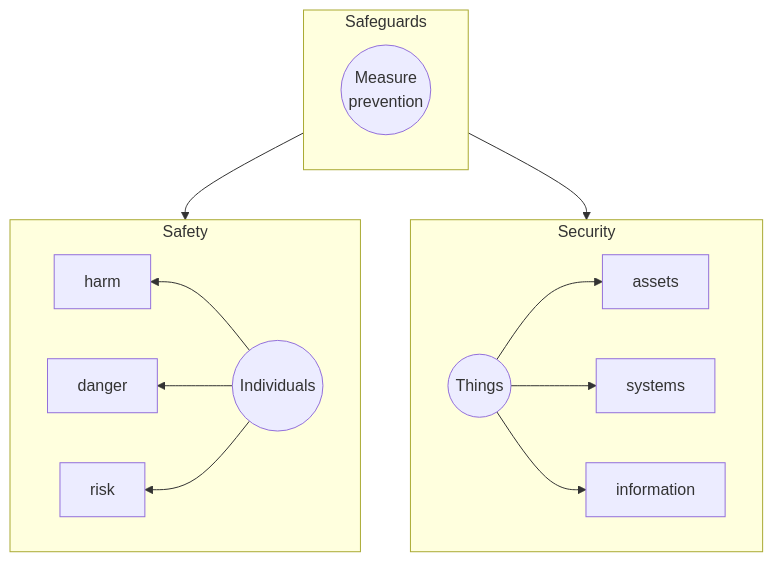
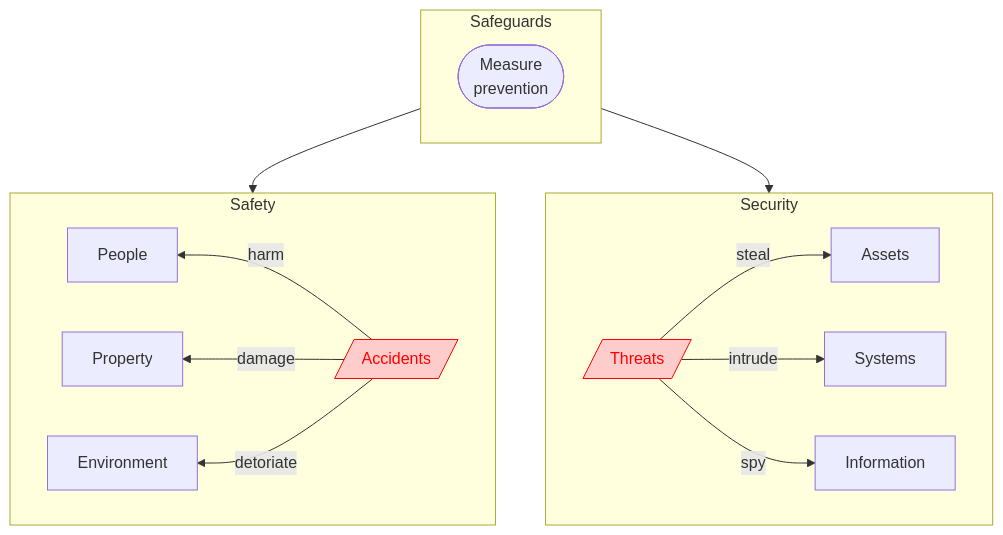
One commit to kodhiline/lecture-notes changed the second of 2 diagrams in content/notes/rn6086/st-and-sd-4-3s.md. Above: the diagram before and after it, drawn with Mermaid. The commit also changed other lines of this file, not shown here.

Commit message:
update, pause

```diff
--- a/content/notes/rn6086/st-and-sd-4-3s.md
+++ b/content/notes/rn6086/st-and-sd-4-3s.md
@@ -61,18 +62,24 @@
   {{< mermaid >}}
   flowchart TD
+    Safeguards --> Safety & Security
     subgraph Safety
       direction RL
-      ID --> harm & danger & risk
+      AC --"harm"--> People
+      AC --"damage"--> Property
+      AC --"detoriate"--> Environment
     end
     subgraph Security
       direction LR
-      TI --> assets & systems & information
+      TH --"steal"--> Assets
+      TH --"intrude"--> Systems
+      TH --"spy"--> Information
     end
     subgraph Safeguards;
       MP
     end
-    ID(("Individuals"))
-    TI(("Things"))
-    MP(("Measure<br>prevention"))
-    Safeguards --> Safety & Security
+    MP(["Measure<br>prevention"])
+    AC[/"Accidents"/]
+    style AC color:red, stroke:red, fill:#fcc
+    TH[/"Threats"/]
+    style TH color:red, stroke:red, fill:#fcc
   {{< /mermaid >}}
```
